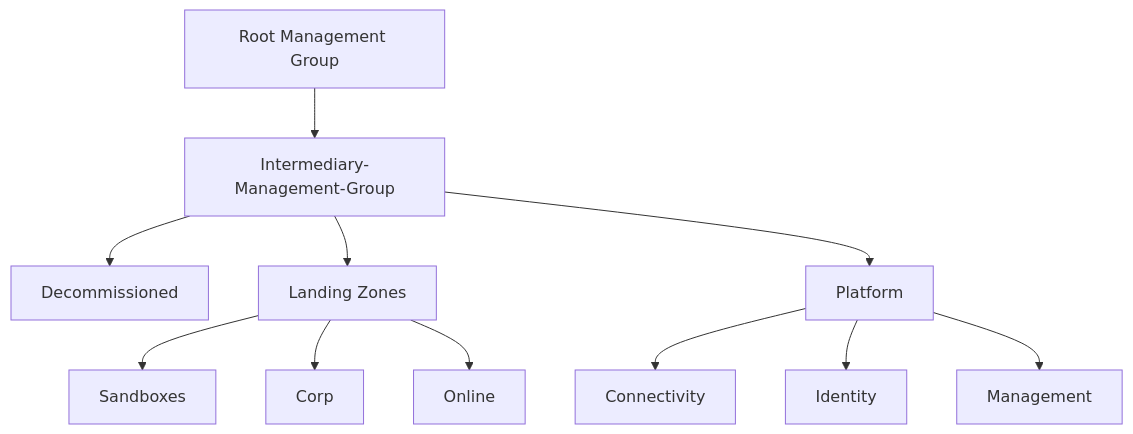
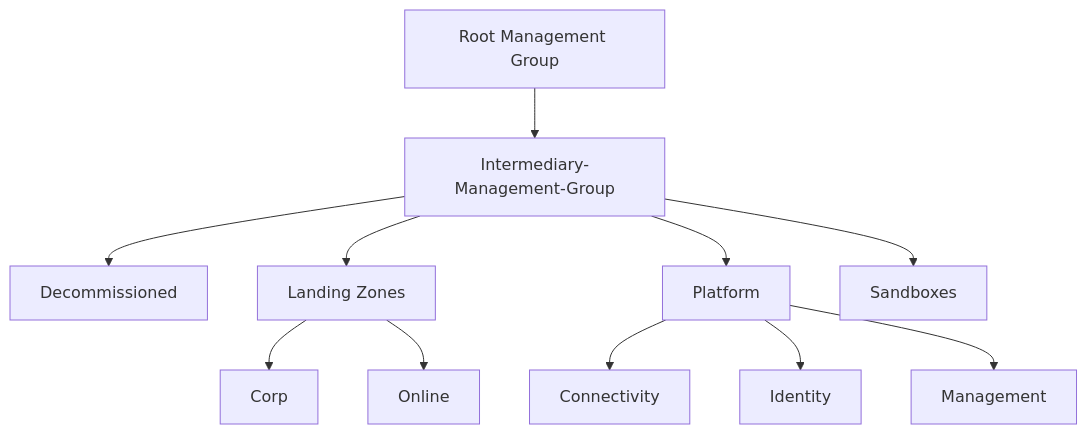
One commit to rfernandezdo/rfernandezdo.github.io changed the seventh of 7 diagrams in docs/blog/posts/2024/20240422_Management_Groups.md. Above: the diagram before and after it, drawn with Mermaid. The commit also changed other lines of this file, not shown here.

Commit message:
Update Management Groups diagram in blog post

````diff
--- a/docs/blog/posts/2024/20240422_Management_Groups.md
+++ b/docs/blog/posts/2024/20240422_Management_Groups.md
@@ -167,13 +167,13 @@
 ```mermaid
     graph TD
         A[Root Management Group] --> B[Intermediary-Management-Group]
         B --> C[Decommissioned]
         B --> D[Landing Zones]
         B --> E[Platform]
-        D --> F[Sandboxes]
+        B --> F[Sandboxes]
         D --> G[Corp]
         D --> H[Online]
         E --> I[Connectivity]
         E --> J[Identity]
         E --> K[Management]
 ```
````
